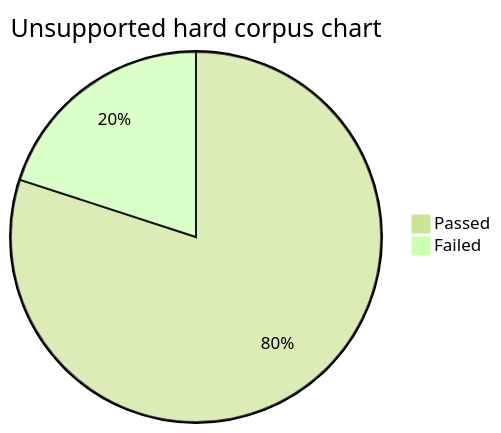
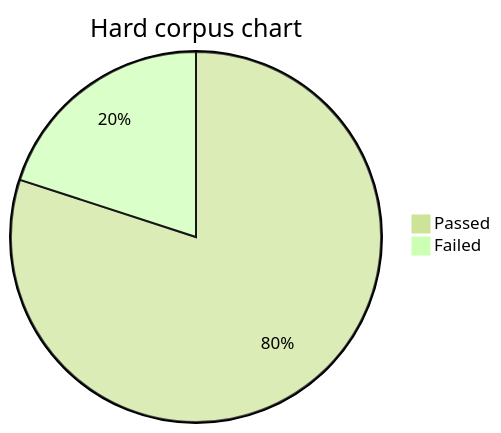
Before and after one commit to mihaelamj/MarkdownPDF: the second of 2 diagrams in Packages/Tests/MarkdownPDFTests/Fixtures/hard-markdown-corpus.md, drawn with Mermaid (forest theme). The commit also changed other lines of this file and 15 other files, not shown here.

First line of the commit message:
feat(charts): add native chart rendering

````diff
--- a/Packages/Tests/MarkdownPDFTests/Fixtures/hard-markdown-corpus.md
+++ b/Packages/Tests/MarkdownPDFTests/Fixtures/hard-markdown-corpus.md
@@ -117,5 +117,5 @@
 ```mermaid
-pie title Unsupported hard corpus chart
+pie title Hard corpus chart
     "Passed" : 4
     "Failed" : 1
 ```
````
